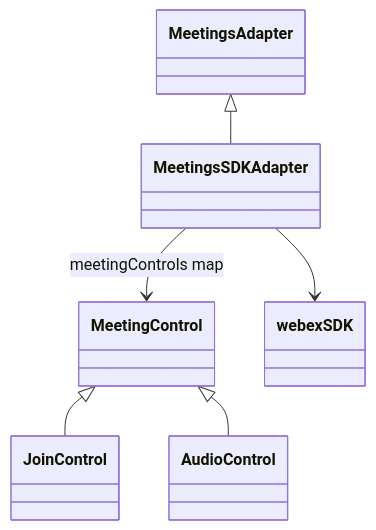
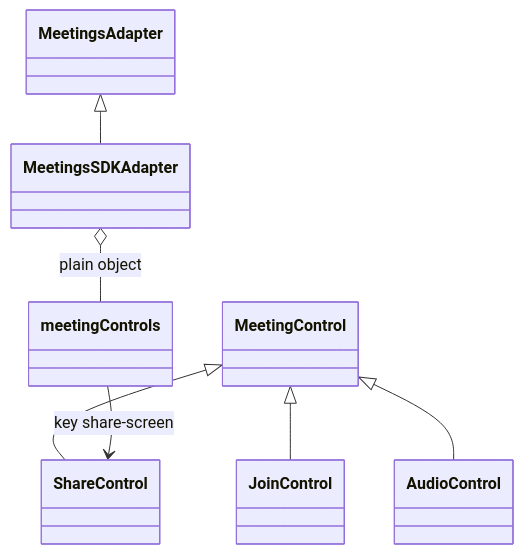
The third of 4 diagrams in src/ai-docs/meetings-sdk-adapter-spec.md (webex/sdk-component-adapter), drawn with Mermaid before and after one commit. The commit also changed other lines of this file and 17 other files, not shown here.

````diff
--- a/src/ai-docs/meetings-sdk-adapter-spec.md
+++ b/src/ai-docs/meetings-sdk-adapter-spec.md
@@ -179,8 +166,9 @@
 ```mermaid
 classDiagram
   MeetingsAdapter <|-- MeetingsSDKAdapter
   MeetingControl <|-- JoinControl
+  MeetingControl <|-- ShareControl
   MeetingControl <|-- AudioControl
-  MeetingsSDKAdapter --> MeetingControl : meetingControls map
-  MeetingsSDKAdapter --> webex SDK
+  MeetingsSDKAdapter o-- meetingControls : plain object
+  meetingControls --> ShareControl : key share-screen
 ```
````
